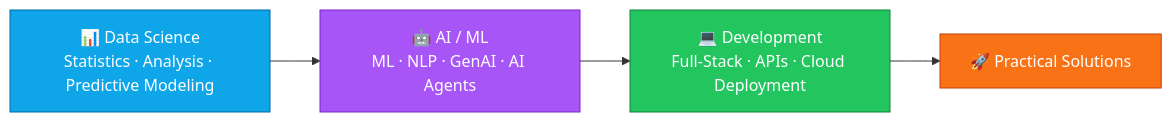
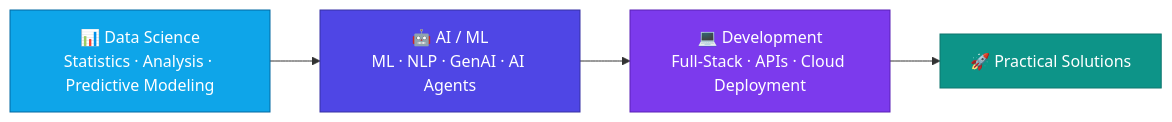
The third of 4 diagrams in README.md (paraskosambe-web/paraskosambe-web), drawn with Mermaid before and after one commit. The commit also changed other lines of this file, not shown here.

````diff
--- a/README.md
+++ b/README.md
@@ -318,10 +322,10 @@
 ```mermaid
 flowchart LR
     A["📊 Data Science<br/>Statistics · Analysis · Predictive Modeling"] --> B["🤖 AI / ML<br/>ML · NLP · GenAI · AI Agents"]
     B --> C["💻 Development<br/>Full-Stack · APIs · Cloud Deployment"]
     C --> D["🚀 Practical Solutions"]
     style A fill:#0ea5e9,stroke:#0369a1,color:#fff
-    style B fill:#a855f7,stroke:#7e22ce,color:#fff
-    style C fill:#22c55e,stroke:#15803d,color:#fff
-    style D fill:#f97316,stroke:#c2410c,color:#fff
+    style B fill:#4f46e5,stroke:#3730a3,color:#fff
+    style C fill:#7c3aed,stroke:#5b21b6,color:#fff
+    style D fill:#0d9488,stroke:#0f766e,color:#fff
 ```
````
